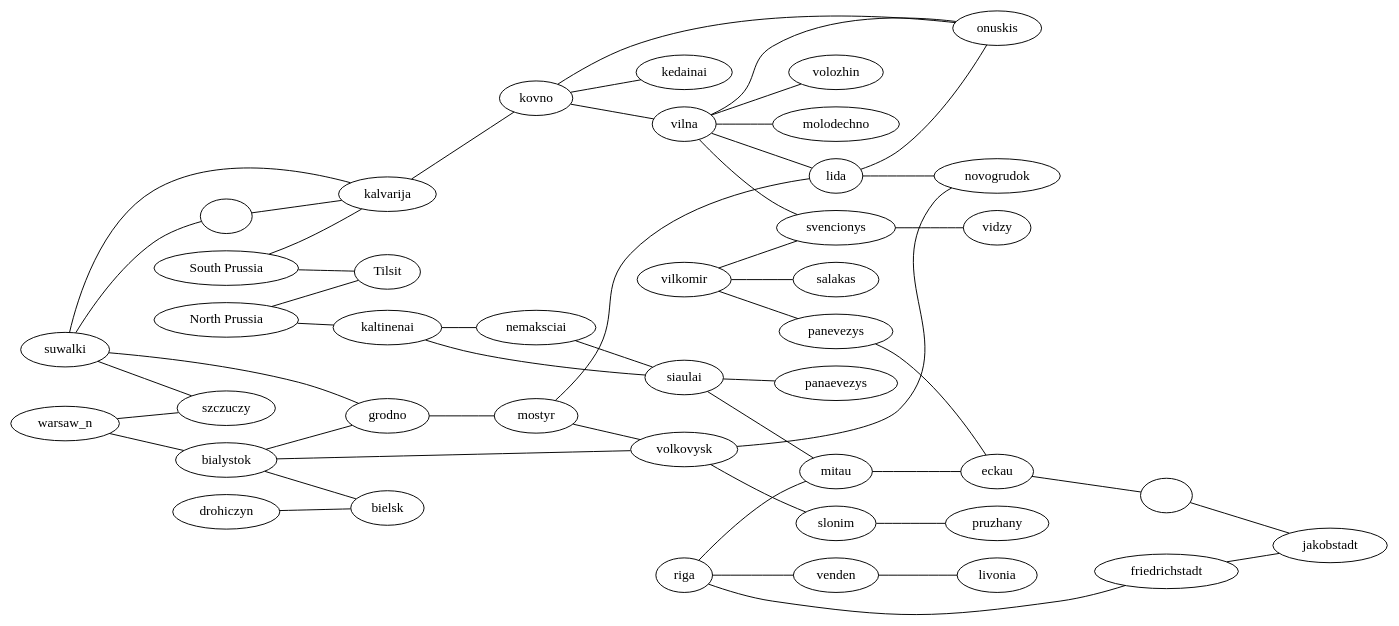
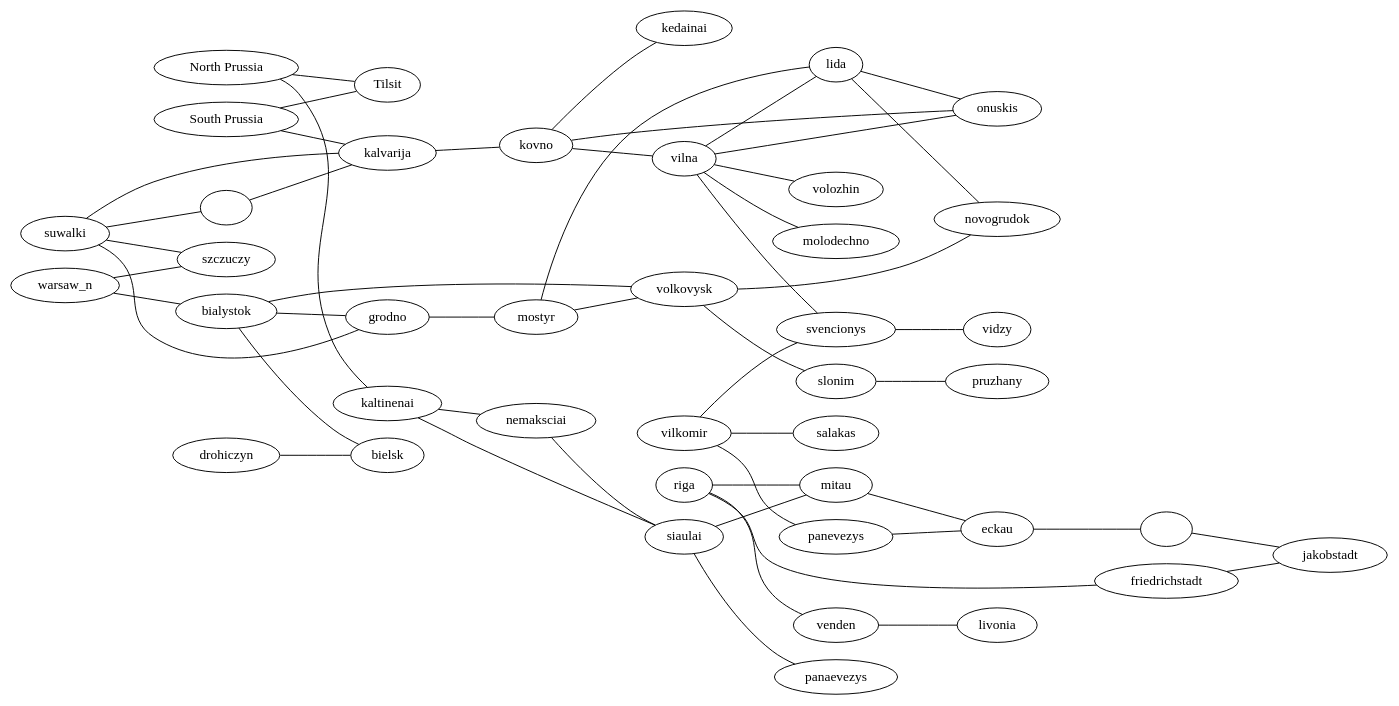
Before and after one commit to jmettraux/dot1812: the diagram in map.dot, drawn with Graphviz. The commit also changed 1 other file, not shown here.

```diff
--- a/map.dot
+++ b/map.dot
@@ -1,59 +1,60 @@
 
 // dot1812/map.dot
 
 strict graph {
 
   rankdir="LR";
+  ordering="in";
 
   prussia_n [label="North Prussia"];
   prussia_s [label="South Prussia"];
   tilsit [label="Tilsit"];
   suwalki_e [label=""];
   eckau_e [label=""];
 
   riga -- mitau;
   prussia_n -- tilsit;
   prussia_n -- kaltinenai;
   kaltinenai -- nemaksciai;
   nemaksciai -- siaulai;
   kaltinenai -- siaulai;
   siaulai -- mitau -- eckau;
   panevezys -- eckau -- eckau_e -- jakobstadt;
   siaulai -- panaevezys;
   prussia_s -- tilsit;
   prussia_s -- kalvarija;
   suwalki -- kalvarija;
   suwalki -- szczuczy;
   suwalki -- suwalki_e;
   suwalki_e -- kalvarija;
   warsaw_n -- szczuczy;
   warsaw_n -- bialystok;
   bialystok -- bielsk;
   drohiczyn -- bielsk;
   bialystok -- volkovysk;
   mostyr -- volkovysk;
   bialystok -- grodno;
   suwalki -- grodno;
   grodno -- mostyr;
   mostyr -- lida;
   lida -- novogrudok;
   lida -- onuskis;
   volkovysk -- novogrudok;
   volkovysk -- slonim -- pruzhany;
   kalvarija -- kovno;
   kovno -- kedainai;
   kovno -- onuskis;
   kovno -- vilna;
   vilna -- onuskis;
   vilna -- lida;
   vilna -- volozhin;
   vilna -- molodechno;
   vilna -- svencionys;
   svencionys -- vidzy;
   vilkomir -- svencionys;
   vilkomir -- salakas;
   vilkomir -- panevezys;
   riga -- friedrichstadt -- jakobstadt;
   riga -- venden;
   venden -- livonia;
 }
```
